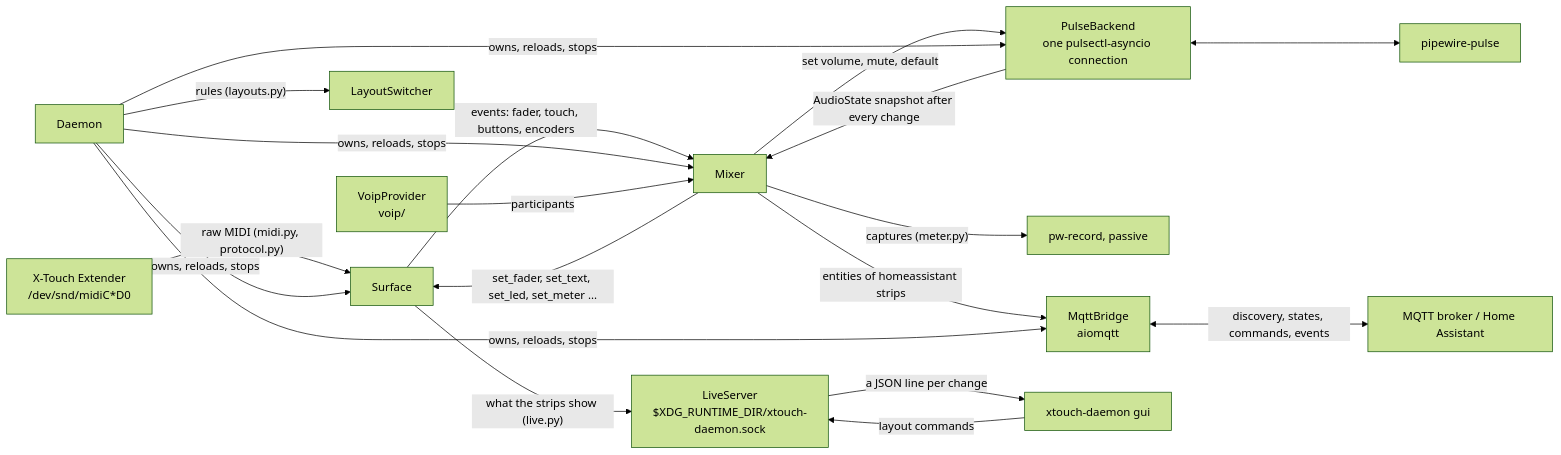
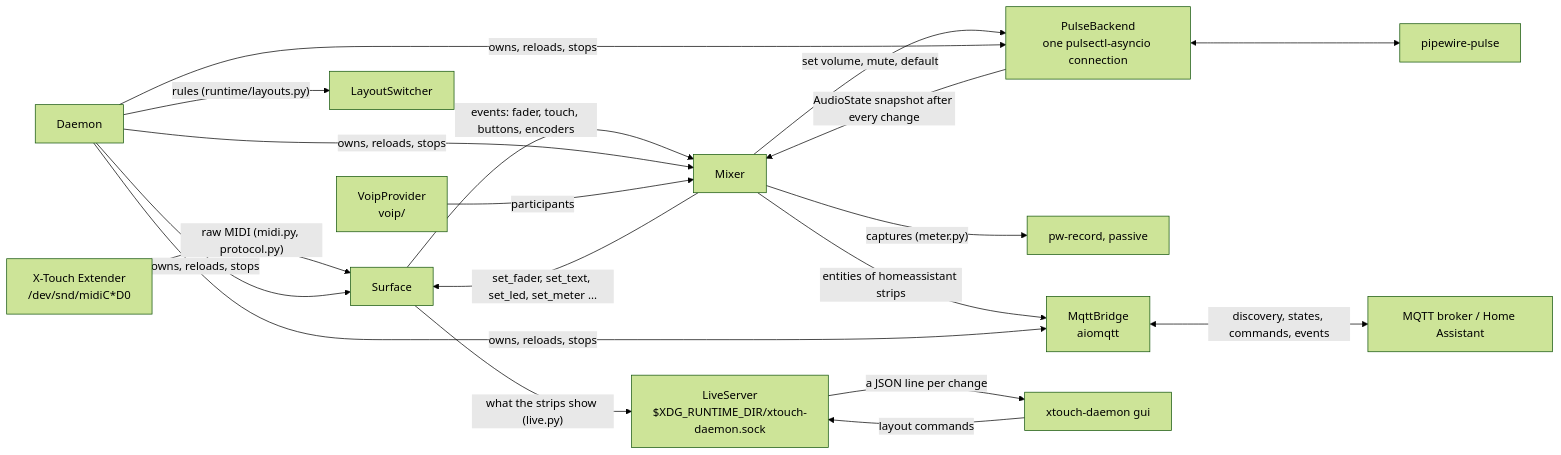
One commit to markusressel/xtouch-daemon changed the diagram in docs/architecture.md. Above: the diagram before and after it, drawn with Mermaid (forest theme). The commit also changed other lines of this file and 7 other files, not shown here.

````diff
--- a/docs/architecture.md
+++ b/docs/architecture.md
@@ -6,18 +6,18 @@
 ```mermaid
 graph LR
     Device[X-Touch Extender<br/>/dev/snd/midiC*D0] <-- "raw MIDI (midi.py, protocol.py)" --> Surface
     Surface -- "events: fader, touch, buttons, encoders" --> Mixer
     Mixer -- "set_fader, set_text, set_led, set_meter ..." --> Surface
     Backend[PulseBackend<br/>one pulsectl-asyncio connection] -- "AudioState snapshot after every change" --> Mixer
     Mixer -- "set volume, mute, default" --> Backend
     Backend <--> Sound[pipewire-pulse]
     Mixer -- "captures (meter.py)" --> PwRecord[pw-record, passive]
     Mixer -- "entities of homeassistant strips" --> Bridge[MqttBridge<br/>aiomqtt]
     Bridge <-- "discovery, states, commands, events" --> Broker[MQTT broker / Home Assistant]
     Daemon -- "owns, reloads, stops" --> Surface & Backend & Mixer & Bridge
     Surface -- "what the strips show (live.py)" --> Live[LiveServer<br/>$XDG_RUNTIME_DIR/xtouch-daemon.sock]
     Live -- "a JSON line per change" --> GUI[xtouch-daemon gui]
     GUI -- "layout commands" --> Live
-    Daemon -- "rules (layouts.py)" --> Switcher[LayoutSwitcher]
+    Daemon -- "rules (runtime/layouts.py)" --> Switcher[LayoutSwitcher]
     Voip[VoipProvider<br/>voip/] -- "participants" --> Mixer
 ```
````
